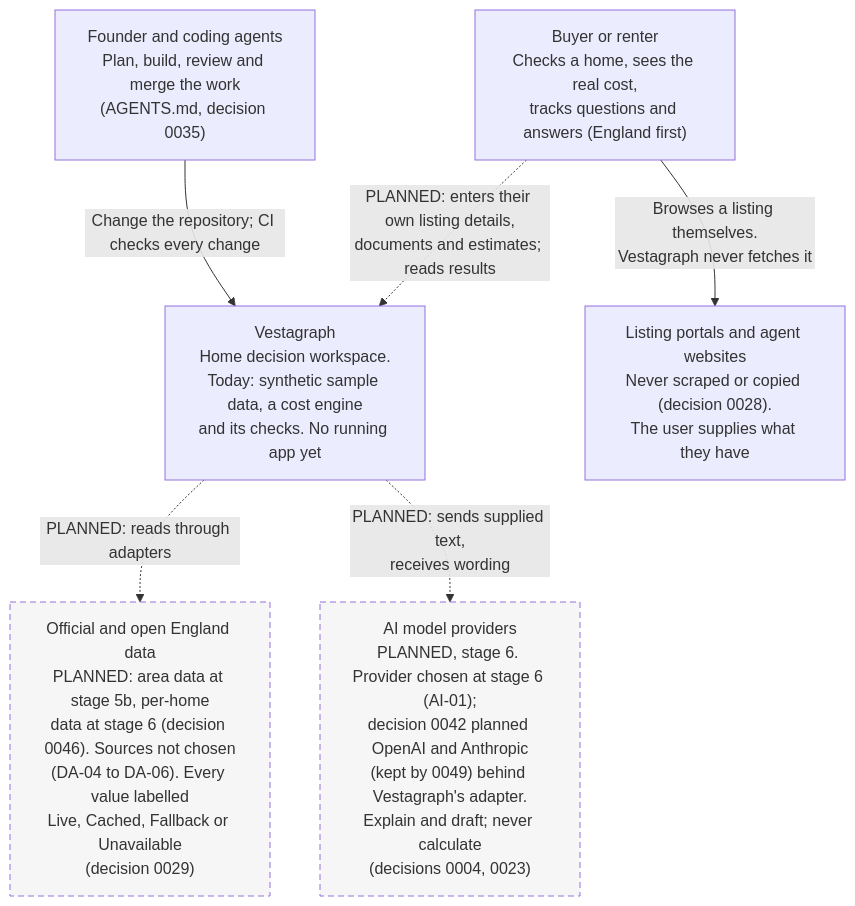
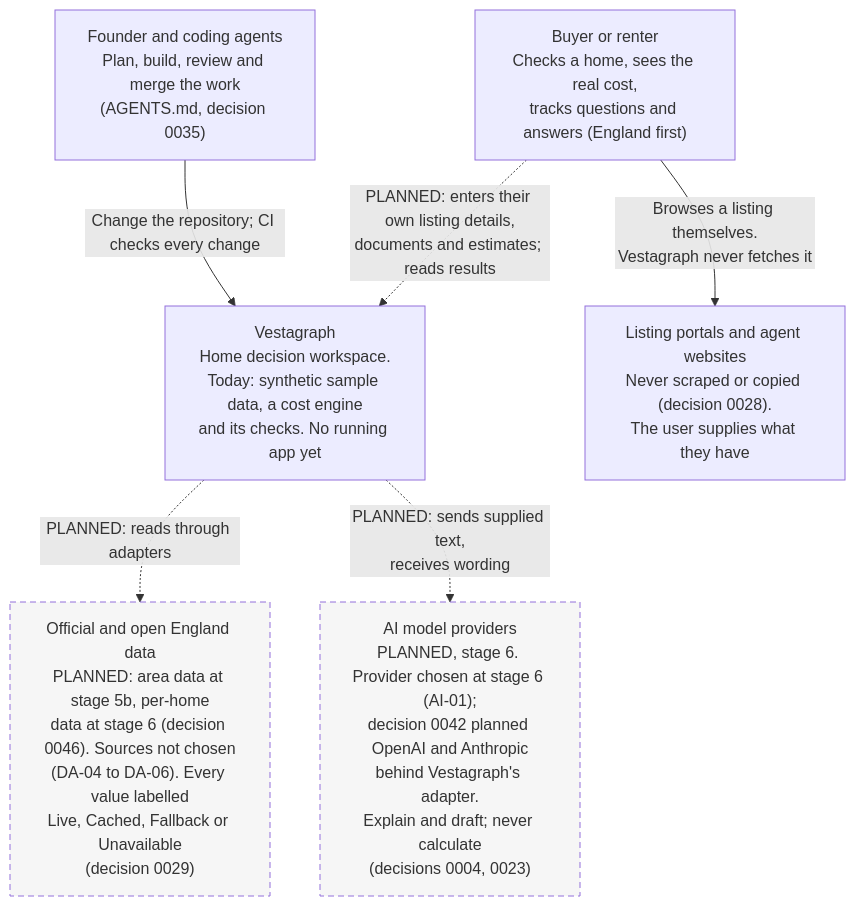
One commit to olaheavy-dev/homescout-platform changed the first of 2 diagrams in docs/architecture/README.md. Above: the diagram before and after it, drawn with Mermaid. The commit also changed 15 other files, not shown here.

````diff
--- a/docs/architecture/README.md
+++ b/docs/architecture/README.md
@@ -15,20 +15,20 @@
 ```mermaid
 flowchart TB
     user["Buyer or renter<br/>Checks a home, sees the real cost,<br/>tracks questions and answers (England first)"]
     builders["Founder and coding agents<br/>Plan, build, review and merge the work<br/>(AGENTS.md, decision 0035)"]
 
     vestagraph["Vestagraph<br/>Home decision workspace.<br/>Today: synthetic sample data, a cost engine<br/>and its checks. No running app yet"]
 
     data["Official and open England data<br/>PLANNED: area data at stage 5b, per-home<br/>data at stage 6 (decision 0046). Sources not chosen<br/>(DA-04 to DA-06). Every value labelled<br/>Live, Cached, Fallback or Unavailable<br/>(decision 0029)"]
-    models["AI model providers<br/>PLANNED, stage 6. Provider chosen at stage 6 (AI-01);<br/>decision 0042 planned OpenAI and Anthropic<br/>(kept by 0049) behind Vestagraph's adapter.<br/>Explain and draft; never calculate<br/>(decisions 0004, 0023)"]
+    models["AI model providers<br/>PLANNED, stage 6. Provider chosen at stage 6 (AI-01);<br/>decision 0042 planned OpenAI and Anthropic<br/>behind Vestagraph's adapter.<br/>Explain and draft; never calculate<br/>(decisions 0004, 0023)"]
     portals["Listing portals and agent websites<br/>Never scraped or copied (decision 0028).<br/>The user supplies what they have"]
 
     user -.->|"PLANNED: enters their own listing details,<br/>documents and estimates; reads results"| vestagraph
     builders -->|"Change the repository; CI checks every change"| vestagraph
     vestagraph -.->|"PLANNED: reads through adapters"| data
     vestagraph -.->|"PLANNED: sends supplied text,<br/>receives wording"| models
     user -->|"Browses a listing themselves.<br/>Vestagraph never fetches it"| portals
 
     classDef planned stroke-dasharray: 6 4,fill:#f6f6f6,color:#333
     class data,models planned
 ```
````
